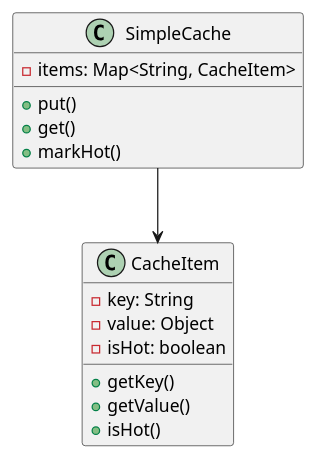
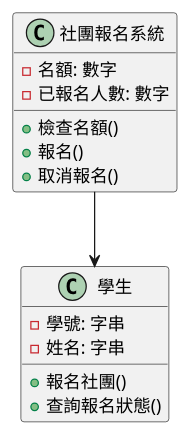
One commit to fine5351/info-sync changed the first of 3 diagrams in doc/learning/architecture/cache_breakdown_tutorial.md. Above: the diagram before and after it, drawn with PlantUML. The commit also changed other lines of this file and 35 other files, not shown here.

````diff
--- a/doc/learning/architecture/cache_breakdown_tutorial.md
+++ b/doc/learning/architecture/cache_breakdown_tutorial.md
@@ -61,21 +45,20 @@
 ```plantuml
 @startuml
-class CacheItem {
-    - key: String
-    - value: Object
-    - isHot: boolean
-    + getKey()
-    + getValue()
-    + isHot()
+class 社團報名系統 {
+    - 名額: 數字
+    - 已報名人數: 數字
+    + 檢查名額()
+    + 報名()
+    + 取消報名()
 }
 
-class SimpleCache {
-    - items: Map<String, CacheItem>
-    + put()
-    + get()
-    + markHot()
+class 學生 {
+    - 學號: 字串
+    - 姓名: 字串
+    + 報名社團()
+    + 查詢報名狀態()
 }
 
-SimpleCache --> CacheItem
+社團報名系統 --> 學生
 @enduml
 ```
````
